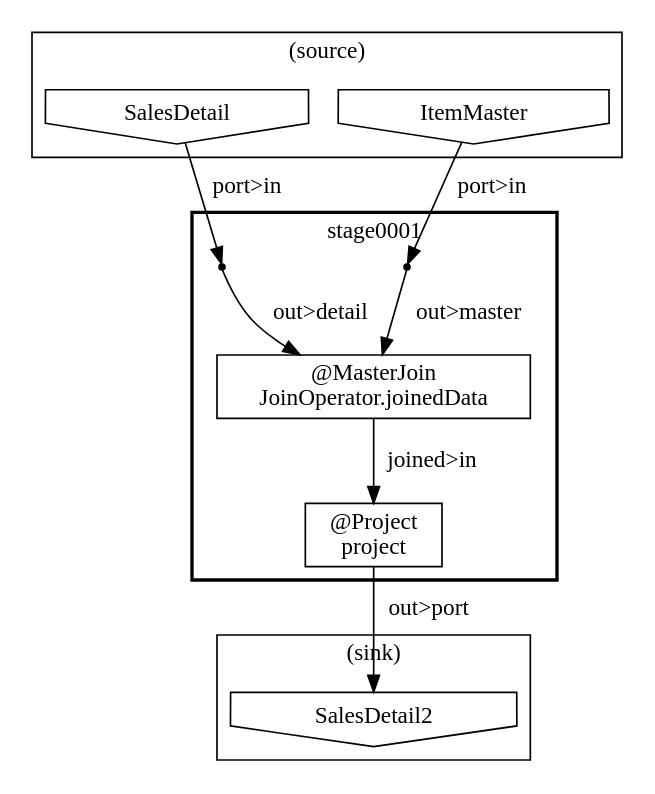
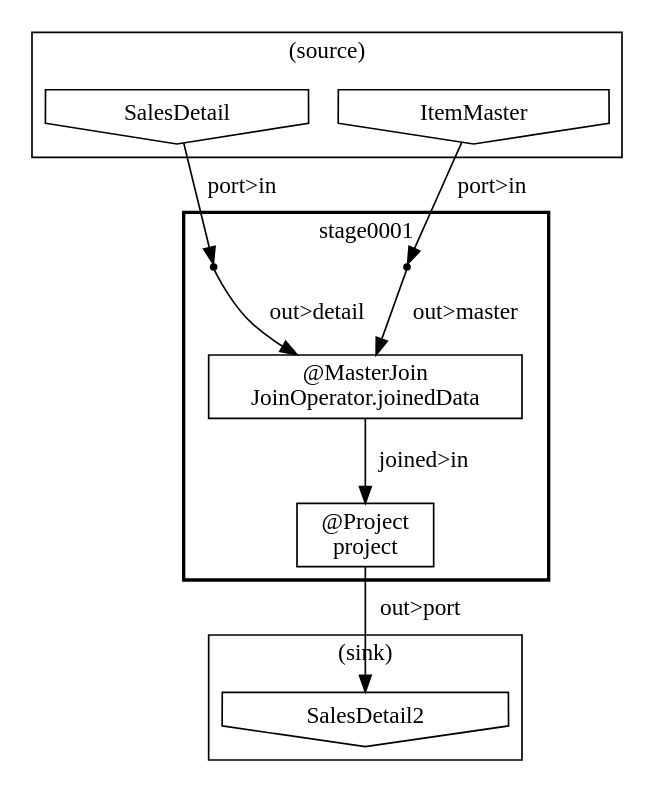
One commit to ironpeace/Asakusa-FirstStep changed the diagram in target/batchcwork/FirstStepBatch/MainJobFlow/build/bin/META-INF/visualize/stagegraph.dot. Above: the diagram before and after it, drawn with Graphviz. The commit also changed 46 other files, not shown here.

```diff
--- a/target/batchcwork/FirstStepBatch/MainJobFlow/build/bin/META-INF/visualize/stagegraph.dot
+++ b/target/batchcwork/FirstStepBatch/MainJobFlow/build/bin/META-INF/visualize/stagegraph.dot
@@ -1,25 +1,25 @@
 digraph {
-    subgraph "cluster_6e23a4b0-dd19-400d-b51a-aedc4a7af5f4" {
+    subgraph "cluster_8af92f14-13af-41ba-a8ff-aeae42d25d29" {
+        label = "(sink)";
+        "49d6f3fa-300a-4b0d-be66-9afdc8ec7fcc" [shape=invhouse, label="SalesDetail2"];
+    }
+    subgraph "cluster_7e6b4be1-3606-4174-9994-b318732b2f59" {
+        label = "(source)";
+        "96b60667-0af6-4a63-a409-e333ebe3f3c8" [shape=invhouse, label="SalesDetail"];
+        "0c8cfde9-c66b-4420-aaf9-1ee9cf51d56e" [shape=invhouse, label="ItemMaster"];
+    }
+    subgraph "cluster_1ac0b590-9e2e-4760-83c3-3b864453dd53" {
         label = "stage0001";
         style = bold;
-        "18254db7-c36b-49c2-8205-9b86fc3ed33d" [shape=box, label="@Project\nproject"];
-        "6fce093d-8cea-41a4-aeaf-0c0083ccc3c2" [shape=box, label="@MasterJoin\nJoinOperator.joinedData"];
-        "f90f4814-a53c-43cf-a476-273f51f1d9bd" [shape=point];
-        "7ae1611c-301a-402c-9c82-adf2092f31f9" [shape=point];
+        "2adc60f1-3b86-4fcd-aba8-1d64b8a00a99" [shape=box, label="@MasterJoin\nJoinOperator.joinedData"];
+        "e8f31627-9038-4392-b554-9f778d559ae3" [shape=box, label="@Project\nproject"];
+        "9a091149-6ecc-40af-b392-86a4734aee6e" [shape=point];
+        "2e5ca08f-cbd4-43d1-baee-08320fee1cd9" [shape=point];
     }
-    subgraph "cluster_dda173d7-aa6a-4b5e-a26e-2568412cc374" {
-        label = "(source)";
-        "578405a3-71d4-4f60-9425-f7eae6514629" [shape=invhouse, label="SalesDetail"];
-        "a5c9d4dd-13d6-413f-9bdf-caf94e157ee9" [shape=invhouse, label="ItemMaster"];
-    }
-    subgraph "cluster_da0770dc-6fef-4925-b84a-624768a5119f" {
-        label = "(sink)";
-        "81220b29-a853-4964-ad0e-0894a7fb7664" [shape=invhouse, label="SalesDetail2"];
-    }
-    "18254db7-c36b-49c2-8205-9b86fc3ed33d" -> "81220b29-a853-4964-ad0e-0894a7fb7664" [label="out>port"];
-    "6fce093d-8cea-41a4-aeaf-0c0083ccc3c2" -> "18254db7-c36b-49c2-8205-9b86fc3ed33d" [label="joined>in"];
-    "f90f4814-a53c-43cf-a476-273f51f1d9bd" -> "6fce093d-8cea-41a4-aeaf-0c0083ccc3c2" [label="out>detail"];
-    "7ae1611c-301a-402c-9c82-adf2092f31f9" -> "6fce093d-8cea-41a4-aeaf-0c0083ccc3c2" [label="out>master"];
-    "578405a3-71d4-4f60-9425-f7eae6514629" -> "f90f4814-a53c-43cf-a476-273f51f1d9bd" [label="port>in"];
-    "a5c9d4dd-13d6-413f-9bdf-caf94e157ee9" -> "7ae1611c-301a-402c-9c82-adf2092f31f9" [label="port>in"];
+    "0c8cfde9-c66b-4420-aaf9-1ee9cf51d56e" -> "9a091149-6ecc-40af-b392-86a4734aee6e" [label="port>in"];
+    "96b60667-0af6-4a63-a409-e333ebe3f3c8" -> "2e5ca08f-cbd4-43d1-baee-08320fee1cd9" [label="port>in"];
+    "e8f31627-9038-4392-b554-9f778d559ae3" -> "49d6f3fa-300a-4b0d-be66-9afdc8ec7fcc" [label="out>port"];
+    "2adc60f1-3b86-4fcd-aba8-1d64b8a00a99" -> "e8f31627-9038-4392-b554-9f778d559ae3" [label="joined>in"];
+    "2e5ca08f-cbd4-43d1-baee-08320fee1cd9" -> "2adc60f1-3b86-4fcd-aba8-1d64b8a00a99" [label="out>detail"];
+    "9a091149-6ecc-40af-b392-86a4734aee6e" -> "2adc60f1-3b86-4fcd-aba8-1d64b8a00a99" [label="out>master"];
 }
```
